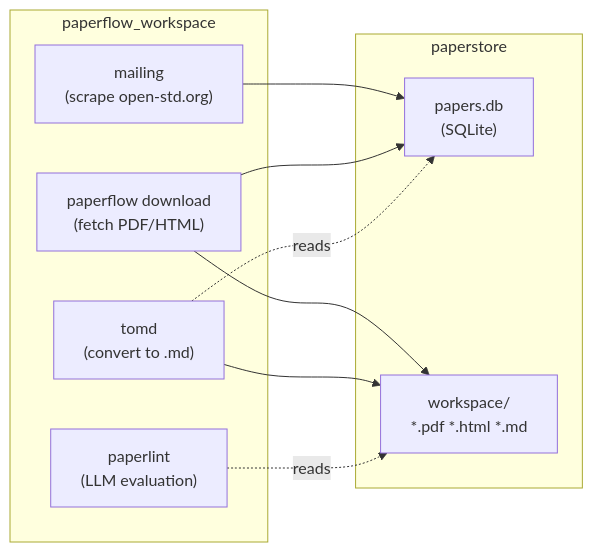
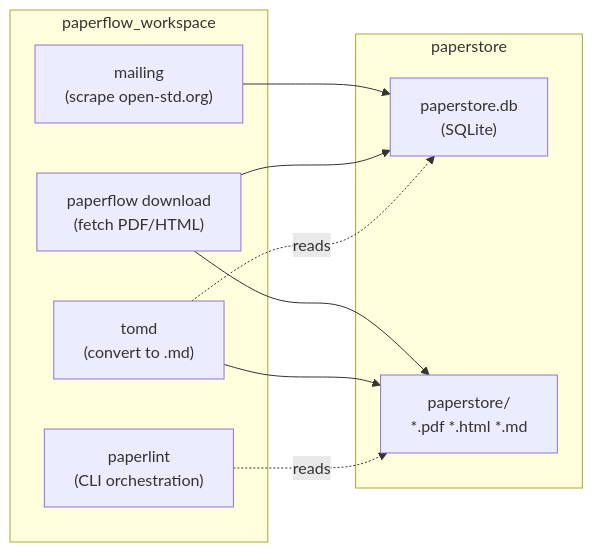
Before and after one commit to sabriguenes/wg21-paperflow: the first of 2 diagrams in plans/QA-003-tomd-deep-analysis.md, drawn with Mermaid. The commit also changed other lines of this file and 47 other files, not shown here.

````diff
--- a/plans/QA-003-tomd-deep-analysis.md
+++ b/plans/QA-003-tomd-deep-analysis.md
@@ -22,19 +22,19 @@
 ```mermaid
 flowchart LR
     subgraph workspace [paperflow_workspace]
         mailingPkg["mailing\n(scrape open-std.org)"]
         downloadCmd["paperflow download\n(fetch PDF/HTML)"]
         tomdPkg["tomd\n(convert to .md)"]
-        paperlintPkg["paperlint\n(LLM evaluation)"]
+        paperlintPkg["paperlint\n(CLI orchestration)"]
     end
     subgraph storagePkg [paperstore]
-        dbFile["papers.db\n(SQLite)"]
-        fsFiles["workspace/\n*.pdf *.html *.md"]
+        dbFile["paperstore.db\n(SQLite)"]
+        fsFiles["paperstore/\n*.pdf *.html *.md"]
     end
     mailingPkg --> dbFile
     downloadCmd --> dbFile
     downloadCmd --> fsFiles
     tomdPkg --> fsFiles
     tomdPkg -.->|reads| dbFile
     paperlintPkg -.->|reads| fsFiles
 ```
````
